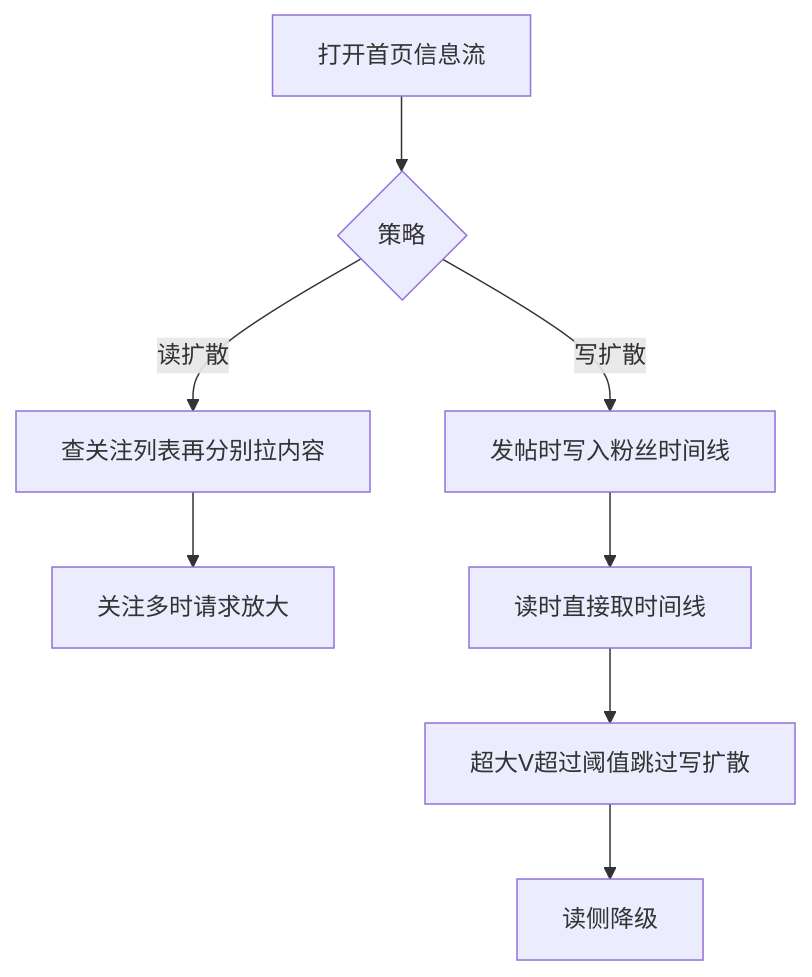
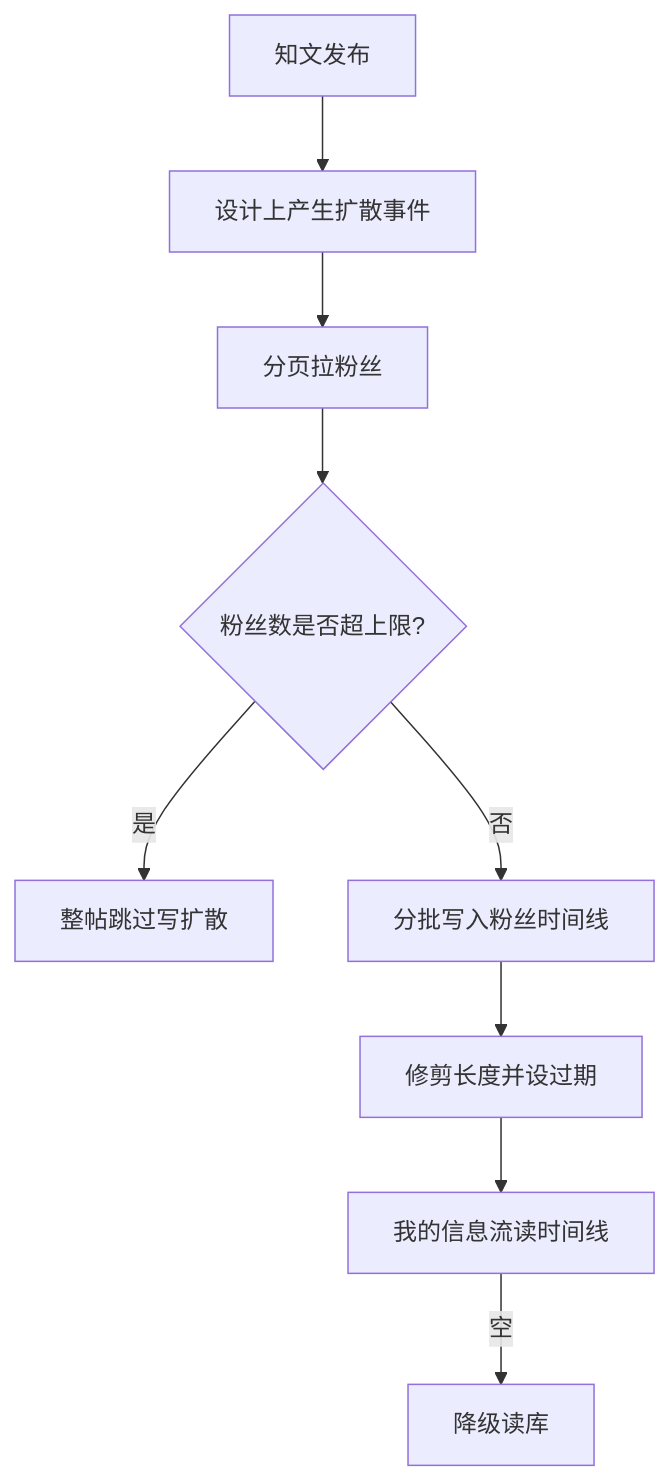
Before and after one commit to bitladykiller/zhiguang_go: the fourth of 4 diagrams in docs/modules/06-关注关系与Feed扩散模块.md, drawn with Mermaid. The commit also changed other lines of this file and 13 other files, not shown here.

````diff
--- a/docs/modules/06-关注关系与Feed扩散模块.md
+++ b/docs/modules/06-关注关系与Feed扩散模块.md
@@ -529,10 +123,11 @@
 ```mermaid
 flowchart TD
-    A[打开首页信息流] --> B{策略}
-    B -->|读扩散| C[查关注列表再分别拉内容]
-    C --> D[关注多时请求放大]
-    B -->|写扩散| E[发帖时写入粉丝时间线]
-    E --> F[读时直接取时间线]
-    F --> G[超大V超过阈值跳过写扩散]
-    G --> H[读侧降级]
+    A[知文发布] --> B[设计上产生扩散事件]
+    B --> C[分页拉粉丝]
+    C --> D{粉丝数是否超上限?}
+    D -->|是| E[整帖跳过写扩散]
+    D -->|否| F[分批写入粉丝时间线]
+    F --> G[修剪长度并设过期]
+    G --> H[我的信息流读时间线]
+    H -->|空| I[降级读库]
 ```
````
